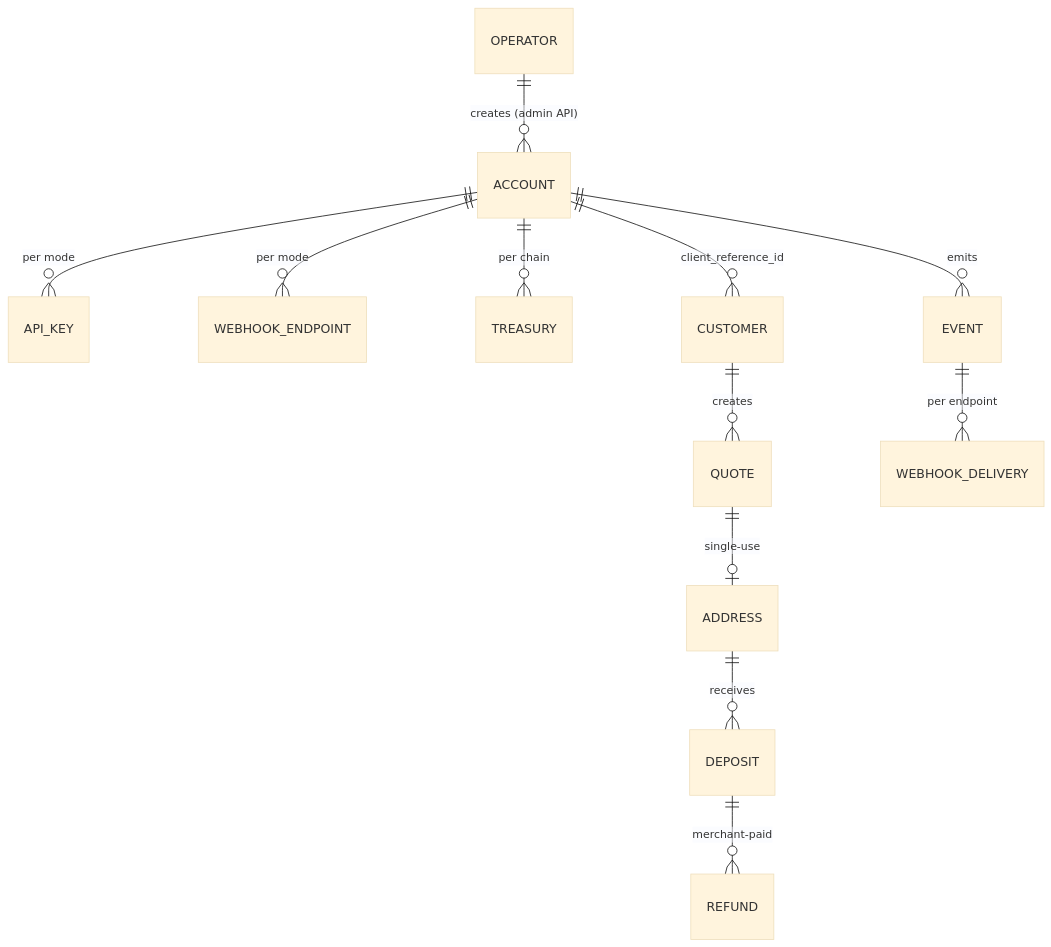
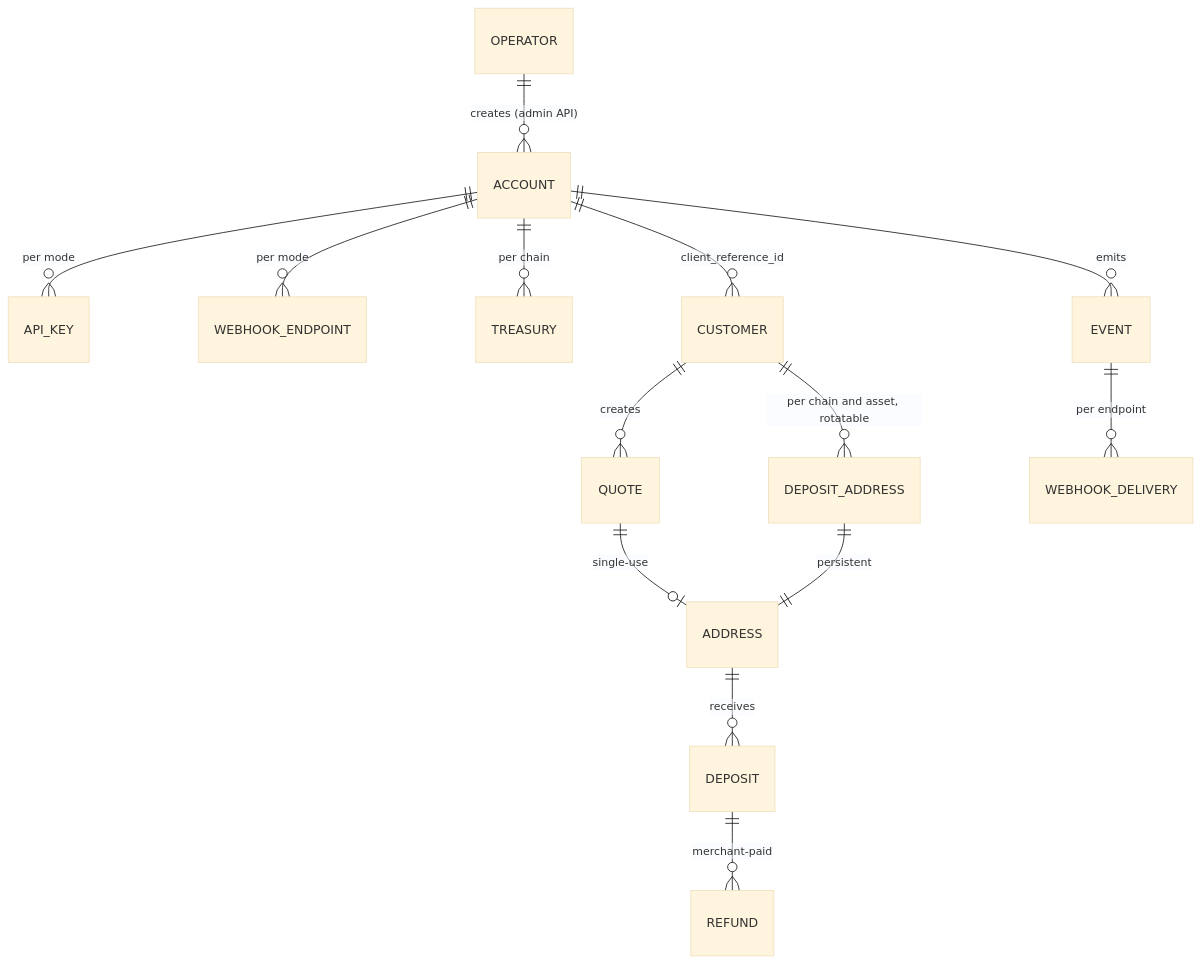
Before and after one commit to Phala-Network/crypto-topup-service: the second of 3 diagrams in docs/design/multi-tenant.md, drawn with Mermaid (base theme). The commit also changed other lines of this file and 75 other files, not shown here.

First line of the commit message:
feat: persistent, rotatable deposit addresses (design §5a, D16) (#194)

````diff
--- a/docs/design/multi-tenant.md
+++ b/docs/design/multi-tenant.md
@@ -231,14 +313,16 @@
 ```mermaid
 erDiagram
     OPERATOR ||--o{ ACCOUNT : "creates (admin API)"
     ACCOUNT ||--o{ API_KEY : "per mode"
     ACCOUNT ||--o{ WEBHOOK_ENDPOINT : "per mode"
     ACCOUNT ||--o{ TREASURY : "per chain"
     ACCOUNT ||--o{ CUSTOMER : "client_reference_id"
     CUSTOMER ||--o{ QUOTE : creates
+    CUSTOMER ||--o{ DEPOSIT_ADDRESS : "per chain and asset, rotatable"
     QUOTE ||--o| ADDRESS : "single-use"
+    DEPOSIT_ADDRESS ||--|| ADDRESS : "persistent"
     ADDRESS ||--o{ DEPOSIT : receives
     DEPOSIT ||--o{ REFUND : "merchant-paid"
     ACCOUNT ||--o{ EVENT : emits
     EVENT ||--o{ WEBHOOK_DELIVERY : "per endpoint"
 ```
````
